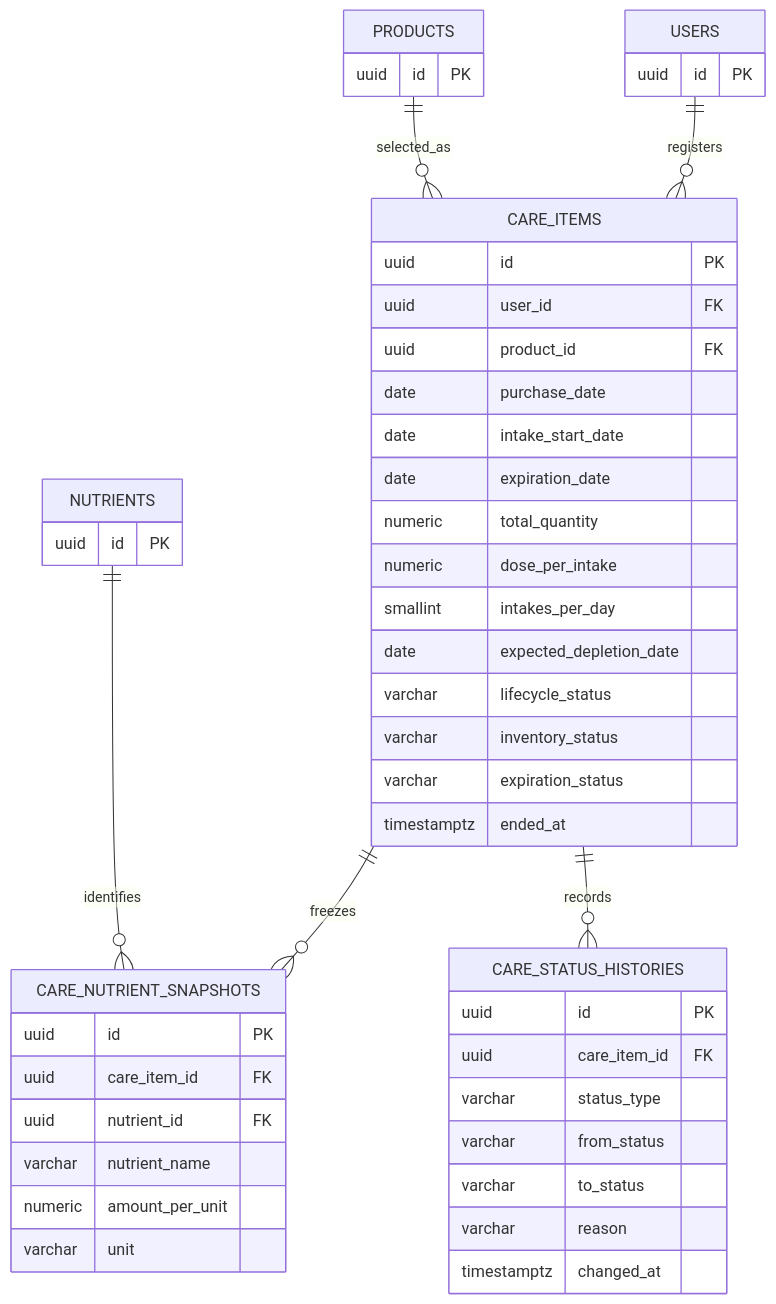
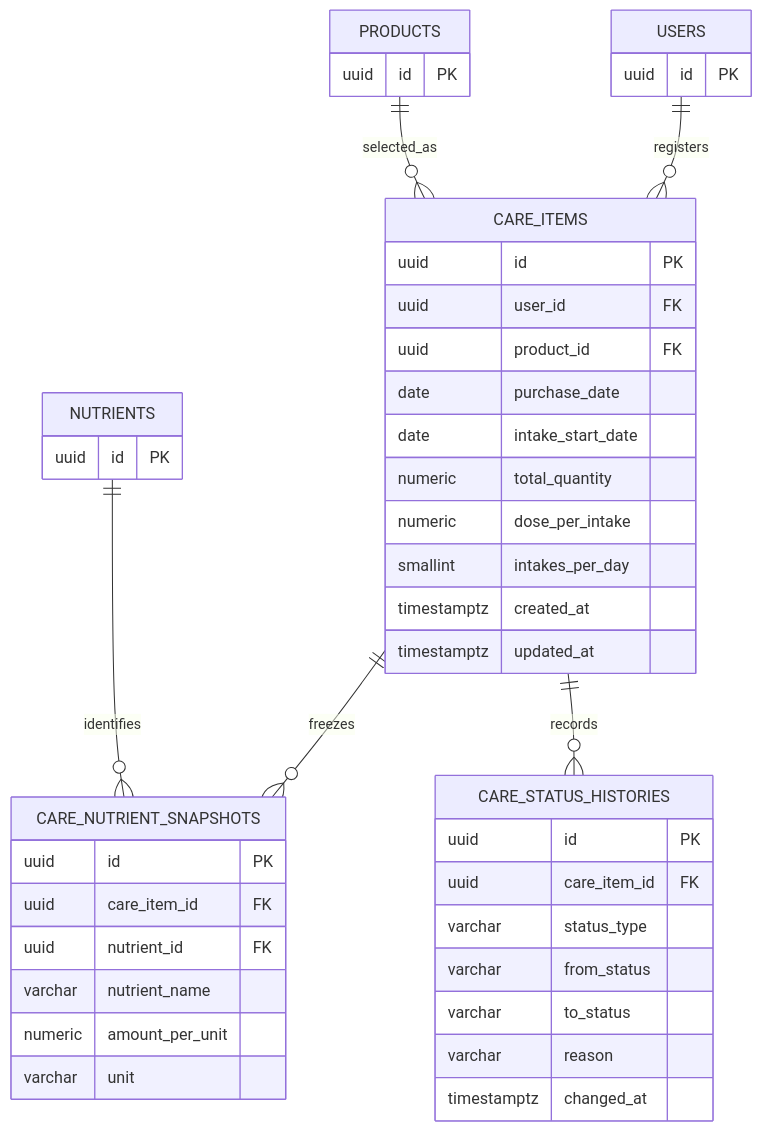
One commit to Pilot-project-python5/backend changed the third of 4 diagrams in docs/architecture/erd.md. Above: the diagram before and after it, drawn with Mermaid. The commit also changed other lines of this file and 25 other files, not shown here.

````diff
--- a/docs/architecture/erd.md
+++ b/docs/architecture/erd.md
@@ -262,56 +262,52 @@
 ```mermaid
 erDiagram
     USERS ||--o{ CARE_ITEMS : registers
     PRODUCTS ||--o{ CARE_ITEMS : selected_as
     CARE_ITEMS ||--o{ CARE_NUTRIENT_SNAPSHOTS : freezes
     NUTRIENTS ||--o{ CARE_NUTRIENT_SNAPSHOTS : identifies
     CARE_ITEMS ||--o{ CARE_STATUS_HISTORIES : records
 
     USERS {
         uuid id PK
     }
 
     PRODUCTS {
         uuid id PK
     }
 
     NUTRIENTS {
         uuid id PK
     }
 
     CARE_ITEMS {
         uuid id PK
         uuid user_id FK
         uuid product_id FK
         date purchase_date
         date intake_start_date
-        date expiration_date
         numeric total_quantity
         numeric dose_per_intake
         smallint intakes_per_day
-        date expected_depletion_date
-        varchar lifecycle_status
-        varchar inventory_status
-        varchar expiration_status
-        timestamptz ended_at
+        timestamptz created_at
+        timestamptz updated_at
     }
 
     CARE_NUTRIENT_SNAPSHOTS {
         uuid id PK
         uuid care_item_id FK
         uuid nutrient_id FK
         varchar nutrient_name
         numeric amount_per_unit
         varchar unit
     }
 
     CARE_STATUS_HISTORIES {
         uuid id PK
         uuid care_item_id FK
         varchar status_type
         varchar from_status
         varchar to_status
         varchar reason
         timestamptz changed_at
     }
 ```
````
